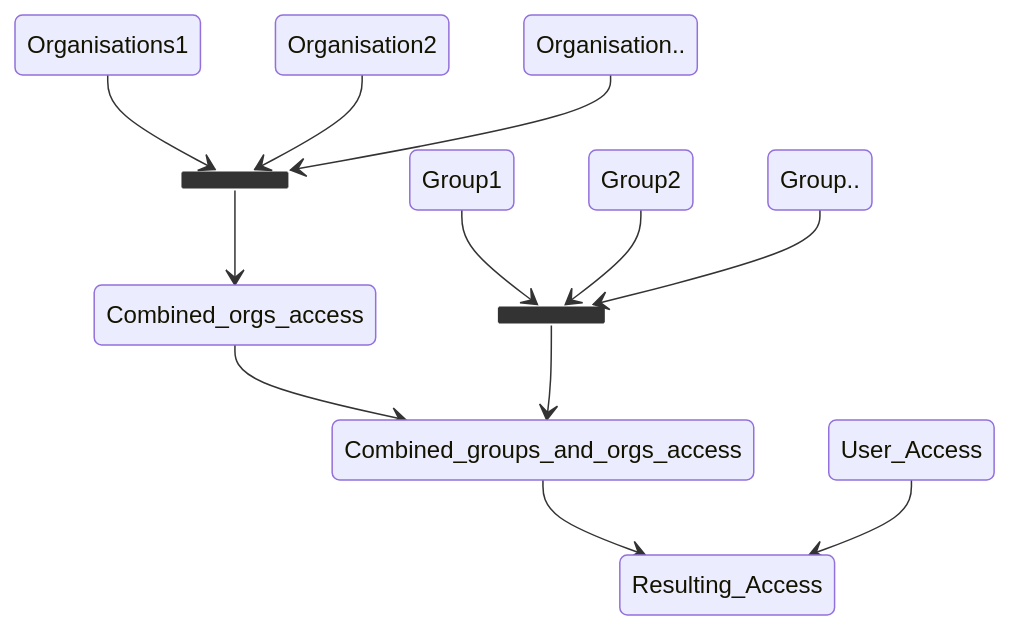
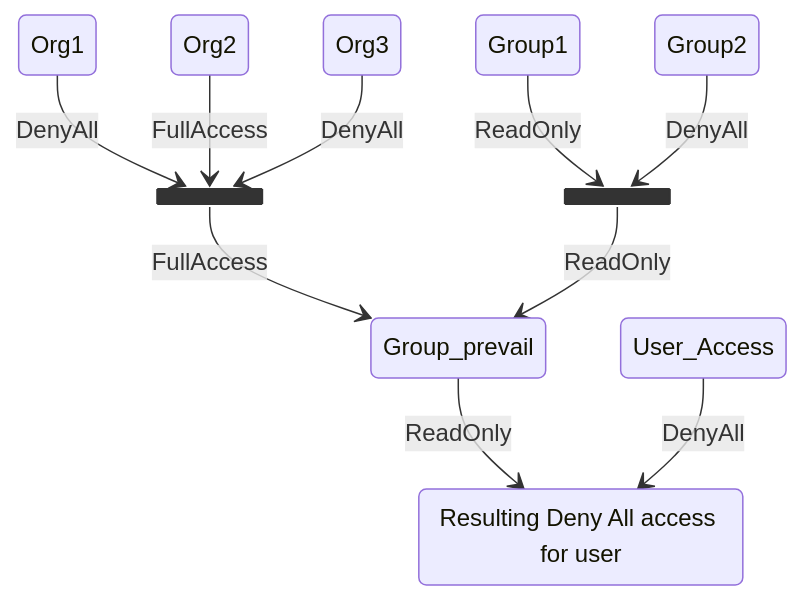
Before and after one commit to theguly/iris-doc-src: the first of 2 diagrams in docs/operations/access_control/index.md, drawn with Mermaid. The commit also changed other lines of this file and 11 other files, not shown here.

````diff
--- a/docs/operations/access_control/index.md
+++ b/docs/operations/access_control/index.md
@@ -32,18 +34,17 @@
 ``` mermaid
 stateDiagram-v2
     state join_orgs <<join>>
-    Organisations1 --> join_orgs
-    Organisation2 --> join_orgs
-    Organisation.. --> join_orgs
-    join_orgs --> Combined_orgs_access
-    Combined_orgs_access --> Combined_groups_and_orgs_access
+    Org1 --> join_orgs: DenyAll
+    Org2 --> join_orgs: FullAccess
+    Org3 --> join_orgs: DenyAll
+    join_orgs --> Group_prevail: FullAccess
 
     state join_groups <<join>>
-    Group1 --> join_groups
-    Group2 --> join_groups
-    Group.. --> join_groups
-    join_groups --> Combined_groups_and_orgs_access
-    Combined_groups_and_orgs_access --> Resulting_Access 
-
-    User_Access --> Resulting_Access
+    Group1 --> join_groups: ReadOnly
+    Group2 --> join_groups: DenyAll
+    join_groups --> Group_prevail: ReadOnly
+    Group_prevail --> Effective_DenyAll: ReadOnly 
+    
+    Effective_DenyAll: Resulting Deny All access for user
+    User_Access --> Effective_DenyAll: DenyAll
 ```
````
